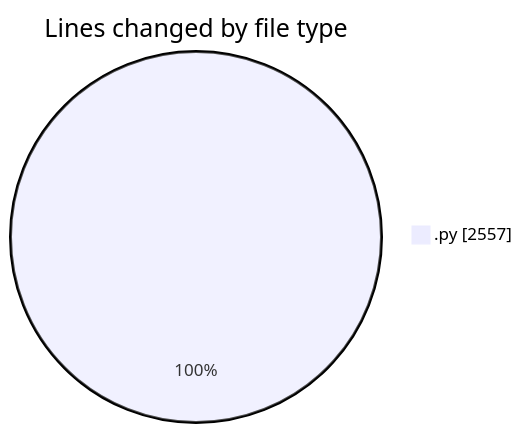
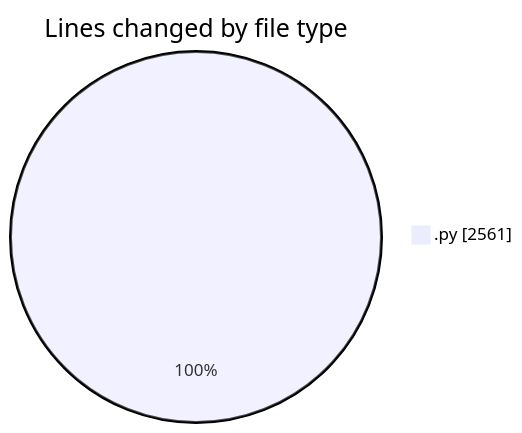
The first of 2 diagrams in 2026-01-11/dsa/README.md (Ritupan-Deka/code-tracking), drawn with Mermaid before and after one commit. The commit also changed other lines of this file and 1 other file, not shown here.

````diff
--- a/2026-01-11/dsa/README.md
+++ b/2026-01-11/dsa/README.md
@@ -21,5 +21,5 @@
 ```mermaid
 pie showData
 title Lines changed by file type
-".py" : 2557
+".py" : 2561
 ```
````
